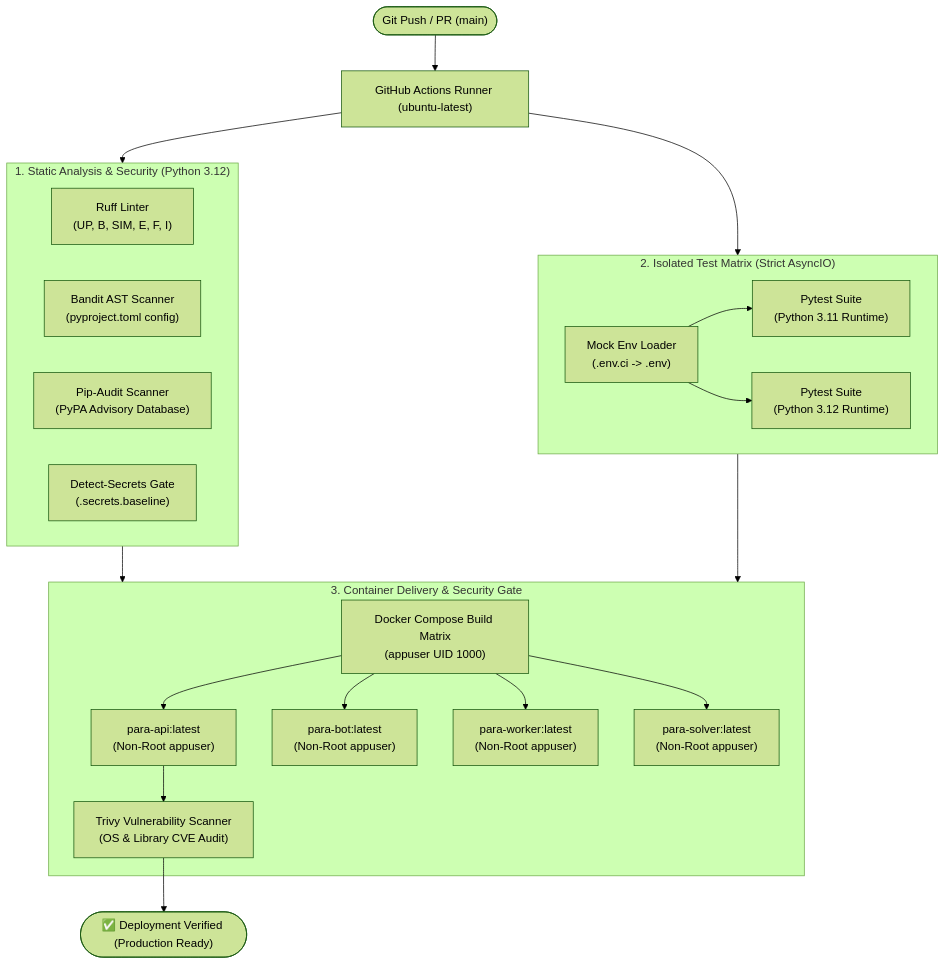
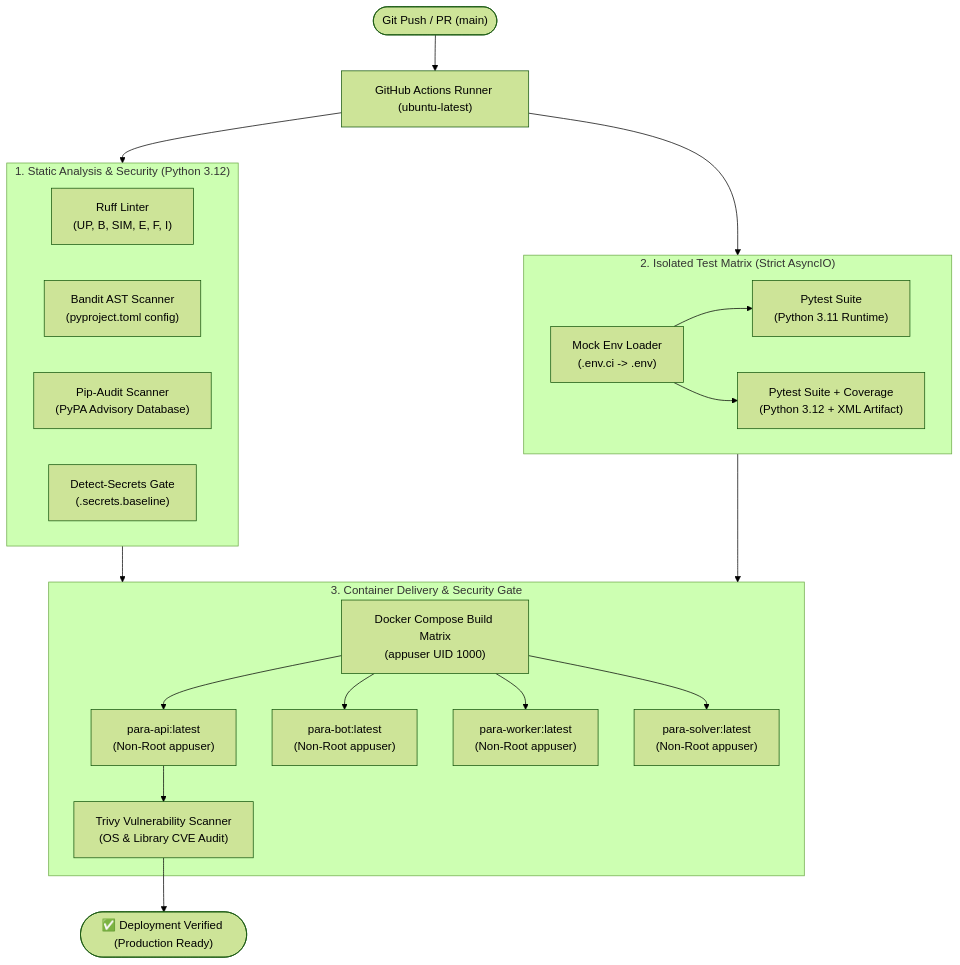
Before and after one commit to Utkautka1/para: diagram 35 of 39 in docs/UML.md, drawn with Mermaid (forest theme). The commit also changed 10 other files, not shown here.

````diff
--- a/docs/UML.md
+++ b/docs/UML.md
@@ -2386,42 +2386,42 @@
 ```mermaid
 flowchart TD
     GitPush(["Git Push / PR (main)"]) --> Trigger["GitHub Actions Runner (ubuntu-latest)"]
 
     subgraph Stage1["1. Static Analysis & Security (Python 3.12)"]
         Ruff["Ruff Linter\n(UP, B, SIM, E, F, I)"]
         Bandit["Bandit AST Scanner\n(pyproject.toml config)"]
         PipAudit["Pip-Audit Scanner\n(PyPA Advisory Database)"]
         DetectSecrets["Detect-Secrets Gate\n(.secrets.baseline)"]
     end
 
     subgraph Stage2["2. Isolated Test Matrix (Strict AsyncIO)"]
         Py311["Pytest Suite\n(Python 3.11 Runtime)"]
-        Py312["Pytest Suite\n(Python 3.12 Runtime)"]
+        Py312["Pytest Suite + Coverage\n(Python 3.12 + XML Artifact)"]
         EnvCI["Mock Env Loader\n(.env.ci -> .env)"]
     end
 
     subgraph Stage3["3. Container Delivery & Security Gate"]
         DockerBuild["Docker Compose Build Matrix\n(appuser UID 1000)"]
         SrvApi["para-api:latest\n(Non-Root appuser)"]
         SrvBot["para-bot:latest\n(Non-Root appuser)"]
         SrvWorker["para-worker:latest\n(Non-Root appuser)"]
         SrvSolver["para-solver:latest\n(Non-Root appuser)"]
         TrivyScan["Trivy Vulnerability Scanner\n(OS & Library CVE Audit)"]
     end
 
     Trigger --> Stage1
     Trigger --> Stage2
     Stage1 --> Stage3
     Stage2 --> Stage3
 
     EnvCI --> Py311
     EnvCI --> Py312
 
     DockerBuild --> SrvApi
     DockerBuild --> SrvBot
     DockerBuild --> SrvWorker
     DockerBuild --> SrvSolver
     SrvApi --> TrivyScan
 
     TrivyScan --> Success(["✅ Deployment Verified (Production Ready)"])
 ```
````
